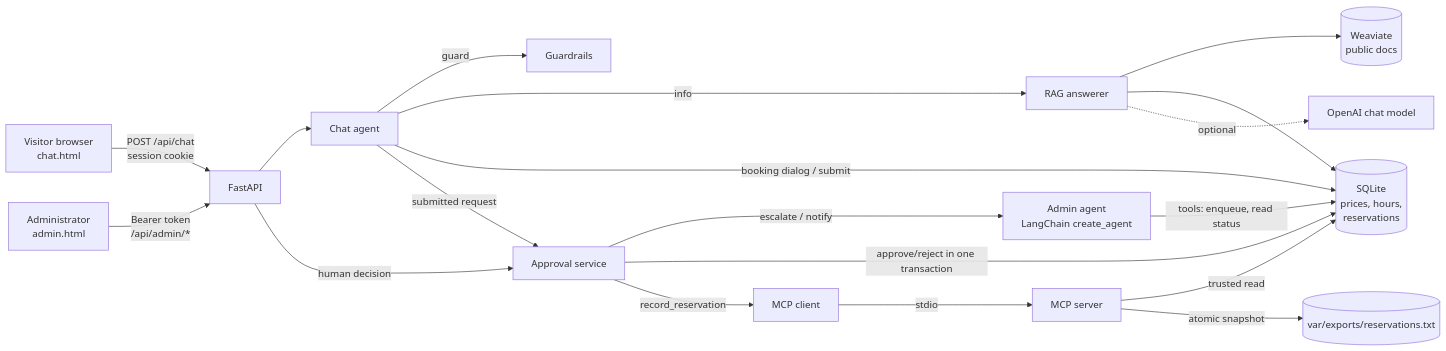
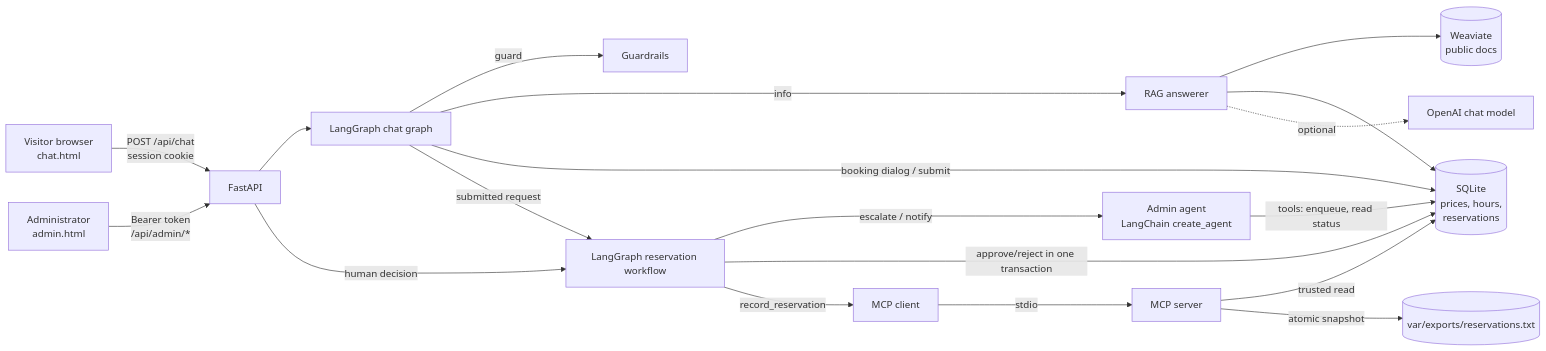
One commit to baranovYauheni/Parking-reservation-assistant changed the diagram in README.md. Above: the diagram before and after it, drawn with Mermaid. The commit also changed other lines of this file and 16 other files, not shown here.

````diff
--- a/README.md
+++ b/README.md
@@ -18,20 +18,20 @@
 ```mermaid
 flowchart LR
   U[Visitor browser<br/>chat.html] -->|POST /api/chat<br/>session cookie| API[FastAPI]
   A[Administrator<br/>admin.html] -->|Bearer token<br/>/api/admin/*| API
-  API --> CG[Chat agent]
+  API --> CG[LangGraph chat graph]
   CG -->|guard| G[Guardrails]
   CG -->|info| RAG[RAG answerer]
   RAG --> W[(Weaviate<br/>public docs)]
   RAG --> SQL[(SQLite<br/>prices, hours,<br/>reservations)]
   RAG -.optional.-> LLM[OpenAI chat model]
   CG -->|booking dialog / submit| SQL
-  CG -->|submitted request| WF[Approval service]
+  CG -->|submitted request| WF[LangGraph reservation workflow]
   WF -->|escalate / notify| AG[Admin agent<br/>LangChain create_agent]
   AG -->|tools: enqueue, read status| SQL
   API -->|human decision| WF
   WF -->|approve/reject in one transaction| SQL
   WF -->|record_reservation| MC[MCP client] -->|stdio| MS[MCP server]
   MS -->|trusted read| SQL
   MS -->|atomic snapshot| F[(var/exports/reservations.txt)]
 ```
````
